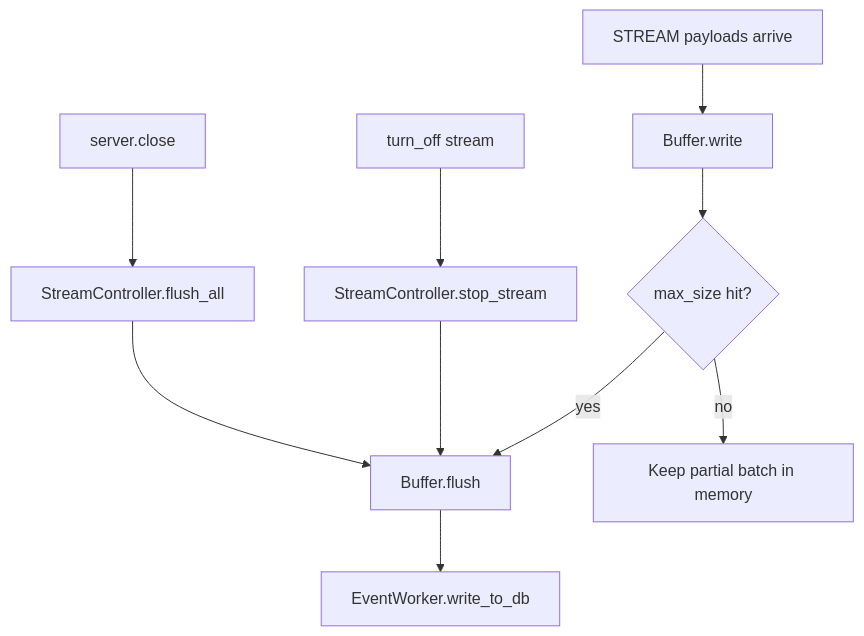
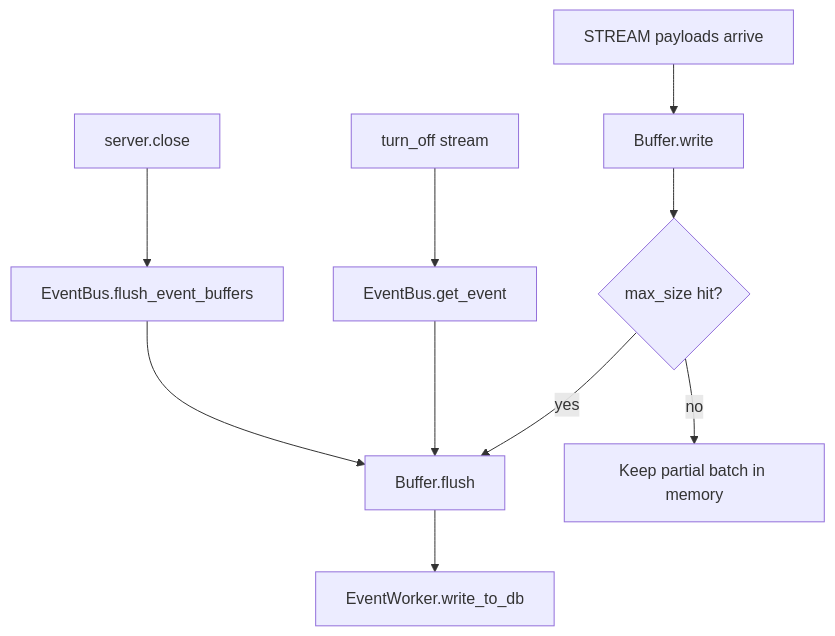
The second of 2 diagrams in src/gerbera_sdk/events/README.md (BaronLiu1993/gerbera), drawn with Mermaid before and after one commit. The commit also changed other lines of this file and 16 other files, not shown here.

````diff
--- a/src/gerbera_sdk/events/README.md
+++ b/src/gerbera_sdk/events/README.md
@@ -53,12 +52,12 @@
 ```mermaid
 flowchart TD
     A[STREAM payloads arrive] --> B[Buffer.write]
     B --> C{max_size hit?}
     C -->|yes| D[Buffer.flush]
     C -->|no| E[Keep partial batch in memory]
-    F[turn_off stream] --> G[StreamController.stop_stream]
+    F[turn_off stream] --> G[EventBus.get_event]
     G --> D
-    H[server.close] --> I[StreamController.flush_all]
+    H[server.close] --> I[EventBus.flush_event_buffers]
     I --> D
     D --> J[EventWorker.write_to_db]
 ```
````
